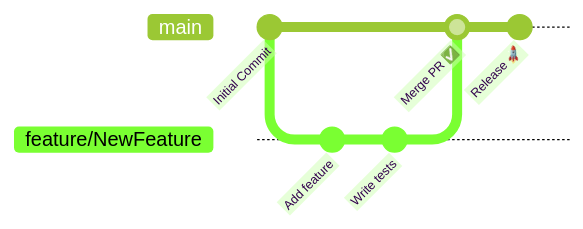
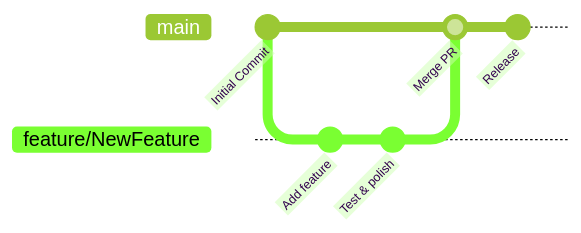
The third of 3 diagrams in README.MD (atanucsejgec/Upload_Image), drawn with Mermaid (forest theme) before and after one commit. The commit also changed other lines of this file, not shown here.

````diff
--- a/README.MD
+++ b/README.MD
@@ -766,11 +720,11 @@
 ```mermaid
 gitGraph
    commit id: "Initial Commit"
    branch feature/NewFeature
    checkout feature/NewFeature
    commit id: "Add feature"
-   commit id: "Write tests"
+   commit id: "Test & polish"
    checkout main
-   merge feature/NewFeature id: "Merge PR ✅"
-   commit id: "Release 🚀"
+   merge feature/NewFeature id: "Merge PR"
+   commit id: "Release"
 ```
````
